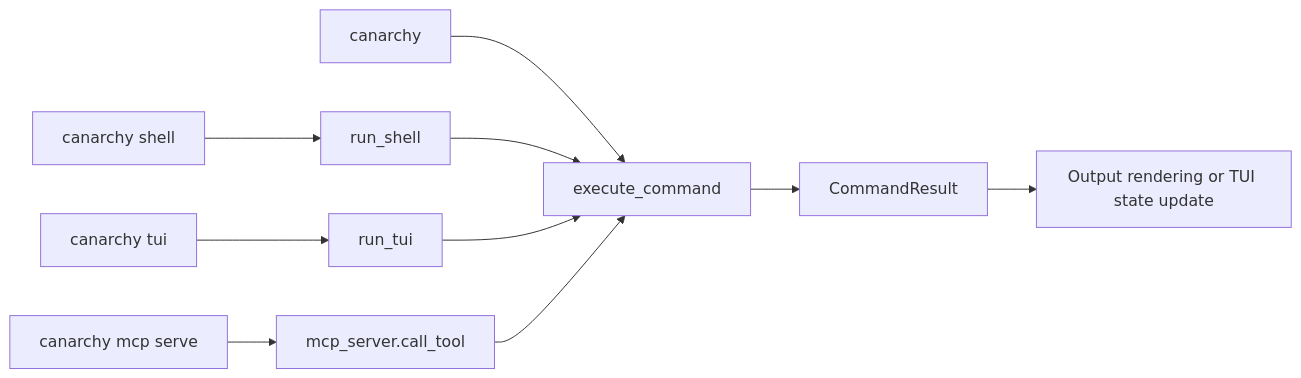
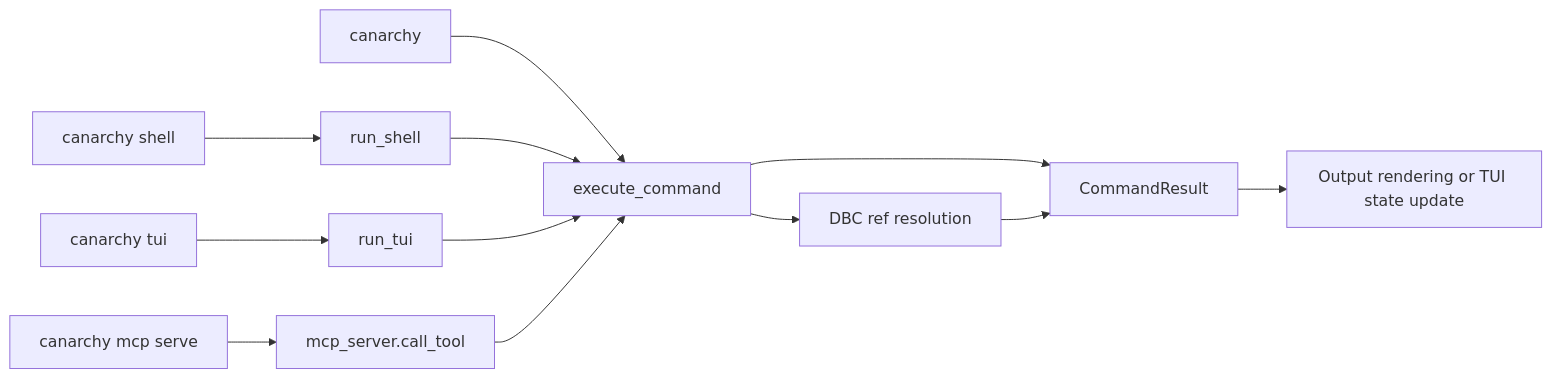
One commit to hexsecs/canarchy changed the second of 5 diagrams in docs/architecture.md. Above: the diagram before and after it, drawn with Mermaid. The commit also changed other lines of this file and 1 other file, not shown here.

Commit message:
docs: refresh architecture for DBC providers and RE matching refs #81

````diff
--- a/docs/architecture.md
+++ b/docs/architecture.md
@@ -157,14 +171,16 @@
 ```mermaid
 flowchart LR
     CLI[canarchy <command>] --> EXEC[execute_command]
     SHELL[canarchy shell] --> RS[run_shell]
     TUI[canarchy tui] --> RT[run_tui]
     MCP[canarchy mcp serve] --> MS[mcp_server.call_tool]
 
     RS --> EXEC
     RT --> EXEC
     MS --> EXEC
 
     EXEC --> RESULT[CommandResult]
+    EXEC --> DBCRES[DBC ref resolution]
+    DBCRES --> RESULT
     RESULT --> EMIT[Output rendering or TUI state update]
 ```
````
